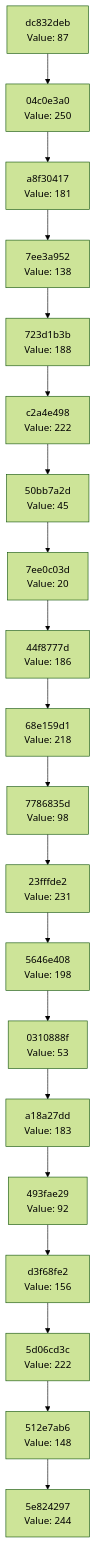
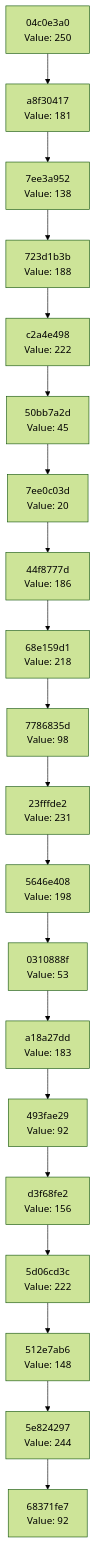
Before and after one commit to Abhisheksinha1506/hash-chain-evolver: the diagram in docs/CHAIN_VISUALIZATION.md, drawn with Mermaid (forest theme). The commit also changed 2 other files, not shown here.

Commit message:
Evolution Step

````diff
--- a/docs/CHAIN_VISUALIZATION.md
+++ b/docs/CHAIN_VISUALIZATION.md
@@ -3,42 +3,42 @@
 ```mermaid
 graph TD
-    C0["5e824297<br/>Value: 244"]
-    C1["512e7ab6<br/>Value: 148"]
+    C0["68371fe7<br/>Value: 92"]
+    C1["5e824297<br/>Value: 244"]
     C1 --> C0
-    C2["5d06cd3c<br/>Value: 222"]
+    C2["512e7ab6<br/>Value: 148"]
     C2 --> C1
-    C3["d3f68fe2<br/>Value: 156"]
+    C3["5d06cd3c<br/>Value: 222"]
     C3 --> C2
-    C4["493fae29<br/>Value: 92"]
+    C4["d3f68fe2<br/>Value: 156"]
     C4 --> C3
-    C5["a18a27dd<br/>Value: 183"]
+    C5["493fae29<br/>Value: 92"]
     C5 --> C4
-    C6["0310888f<br/>Value: 53"]
+    C6["a18a27dd<br/>Value: 183"]
     C6 --> C5
-    C7["5646e408<br/>Value: 198"]
+    C7["0310888f<br/>Value: 53"]
     C7 --> C6
-    C8["23fffde2<br/>Value: 231"]
+    C8["5646e408<br/>Value: 198"]
     C8 --> C7
-    C9["7786835d<br/>Value: 98"]
+    C9["23fffde2<br/>Value: 231"]
     C9 --> C8
-    C10["68e159d1<br/>Value: 218"]
+    C10["7786835d<br/>Value: 98"]
     C10 --> C9
-    C11["44f8777d<br/>Value: 186"]
+    C11["68e159d1<br/>Value: 218"]
     C11 --> C10
-    C12["7ee0c03d<br/>Value: 20"]
+    C12["44f8777d<br/>Value: 186"]
     C12 --> C11
-    C13["50bb7a2d<br/>Value: 45"]
+    C13["7ee0c03d<br/>Value: 20"]
     C13 --> C12
-    C14["c2a4e498<br/>Value: 222"]
+    C14["50bb7a2d<br/>Value: 45"]
     C14 --> C13
-    C15["723d1b3b<br/>Value: 188"]
+    C15["c2a4e498<br/>Value: 222"]
     C15 --> C14
-    C16["7ee3a952<br/>Value: 138"]
+    C16["723d1b3b<br/>Value: 188"]
     C16 --> C15
-    C17["a8f30417<br/>Value: 181"]
+    C17["7ee3a952<br/>Value: 138"]
     C17 --> C16
-    C18["04c0e3a0<br/>Value: 250"]
+    C18["a8f30417<br/>Value: 181"]
     C18 --> C17
-    C19["dc832deb<br/>Value: 87"]
+    C19["04c0e3a0<br/>Value: 250"]
     C19 --> C18
 ```
````
